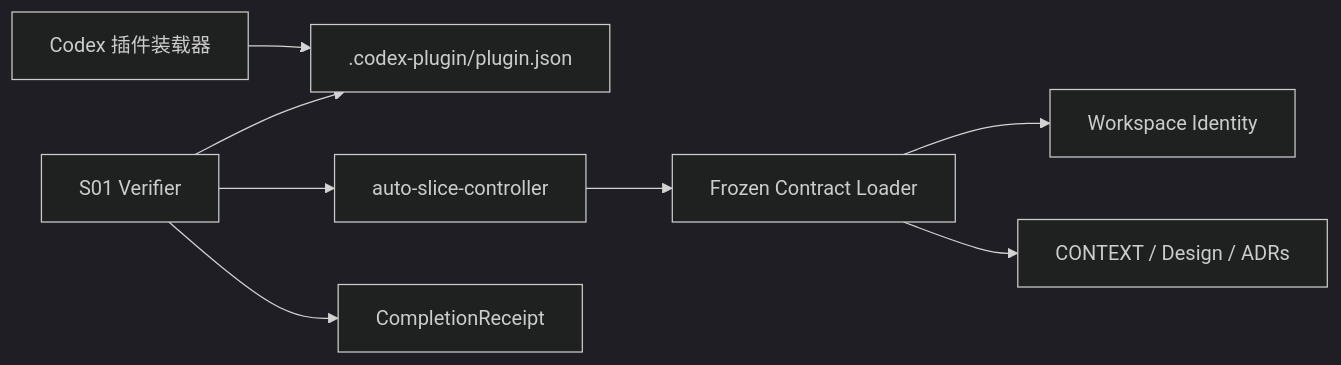
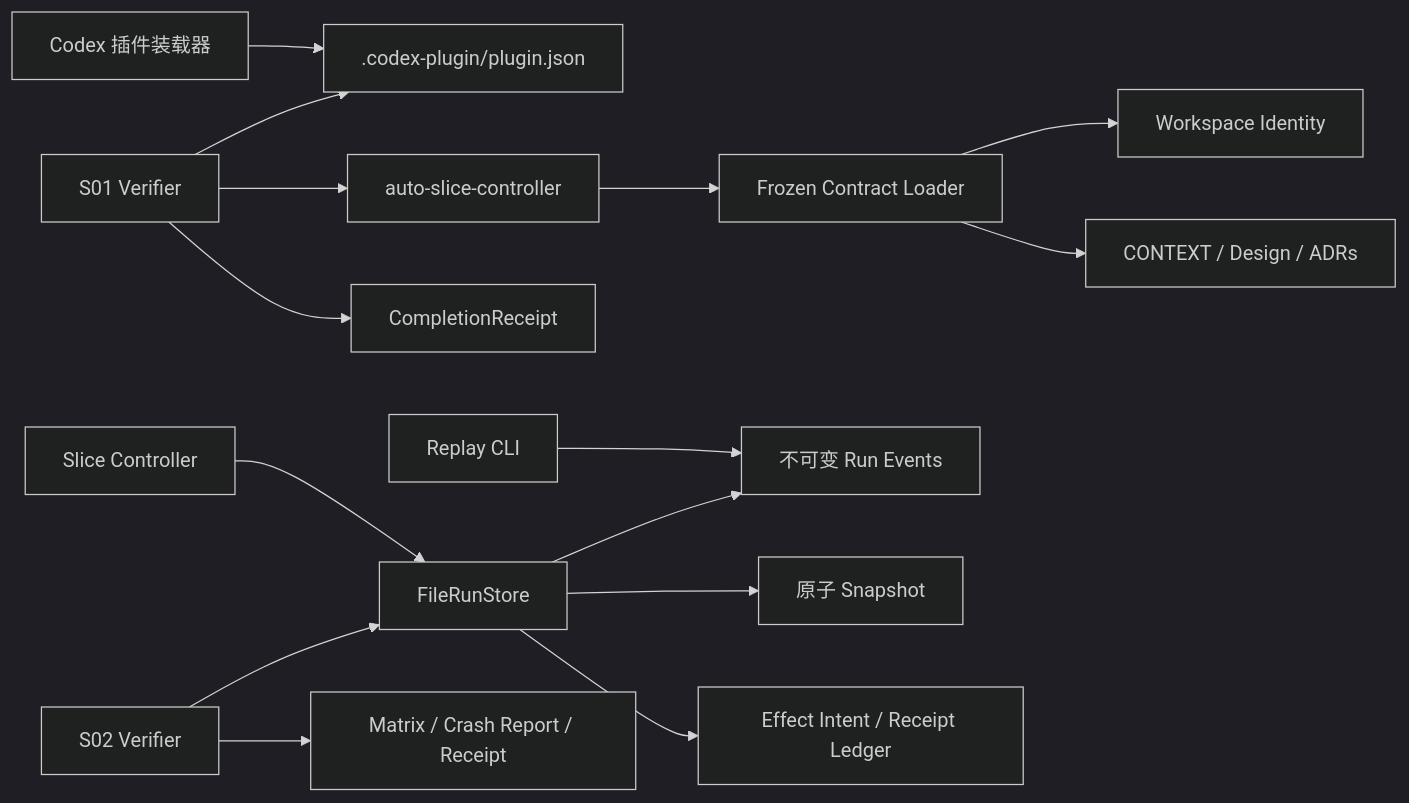
Before and after one commit to adaelon/auto-slice: the diagram in docs/架构.md, drawn with Mermaid (dark theme). The commit also changed other lines of this file and 22 other files, not shown here.

````diff
--- a/docs/架构.md
+++ b/docs/架构.md
@@ -5,10 +5,17 @@
 ```mermaid
 flowchart LR
   Codex["Codex 插件装载器"] --> Manifest[".codex-plugin/plugin.json"]
   CLI["auto-slice-controller"] --> Loader["Frozen Contract Loader"]
   Loader --> Identity["Workspace Identity"]
   Loader --> Inputs["CONTEXT / Design / ADRs"]
+  Controller["Slice Controller"] --> RunStore["FileRunStore"]
+  RunStore --> Events["不可变 Run Events"]
+  RunStore --> Snapshot["原子 Snapshot"]
+  RunStore --> Effects["Effect Intent / Receipt Ledger"]
+  Replay["Replay CLI"] --> Events
   Verifier["S01 Verifier"] --> Manifest
   Verifier --> CLI
   Verifier --> Receipt["CompletionReceipt"]
+  S02Verifier["S02 Verifier"] --> RunStore
+  S02Verifier --> S02Evidence["Matrix / Crash Report / Receipt"]
 ```
````
